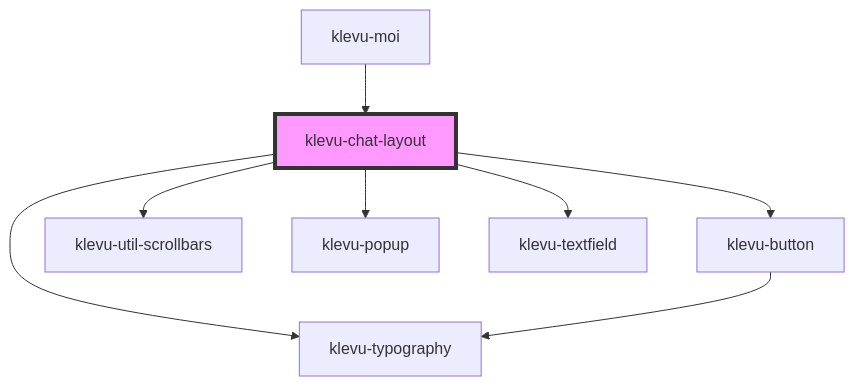
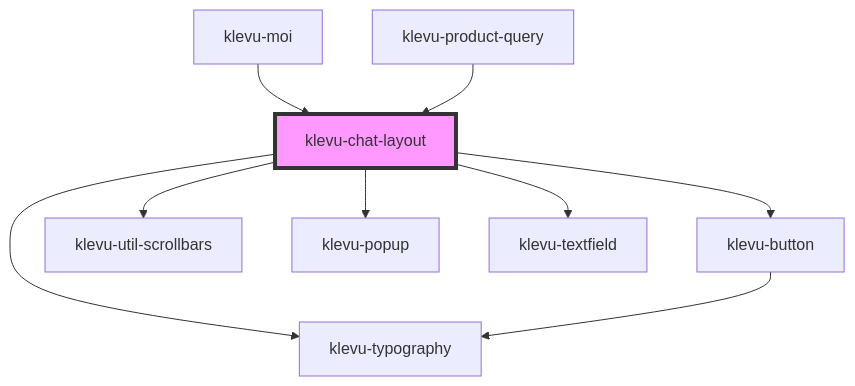
The diagram in packages/klevu-ui/src/components/klevu-chat-layout/readme.md (klevultd/frontend-sdk), drawn with Mermaid before and after one commit. The commit also changed other lines of this file and 12 other files, not shown here.

````diff
--- a/packages/klevu-ui/src/components/klevu-chat-layout/readme.md
+++ b/packages/klevu-ui/src/components/klevu-chat-layout/readme.md
@@ -66,11 +67,12 @@
 ```mermaid
 graph TD;
   klevu-chat-layout --> klevu-typography
   klevu-chat-layout --> klevu-button
   klevu-chat-layout --> klevu-util-scrollbars
   klevu-chat-layout --> klevu-popup
   klevu-chat-layout --> klevu-textfield
   klevu-button --> klevu-typography
   klevu-moi --> klevu-chat-layout
+  klevu-product-query --> klevu-chat-layout
   style klevu-chat-layout fill:#f9f,stroke:#333,stroke-width:4px
 ```
````
